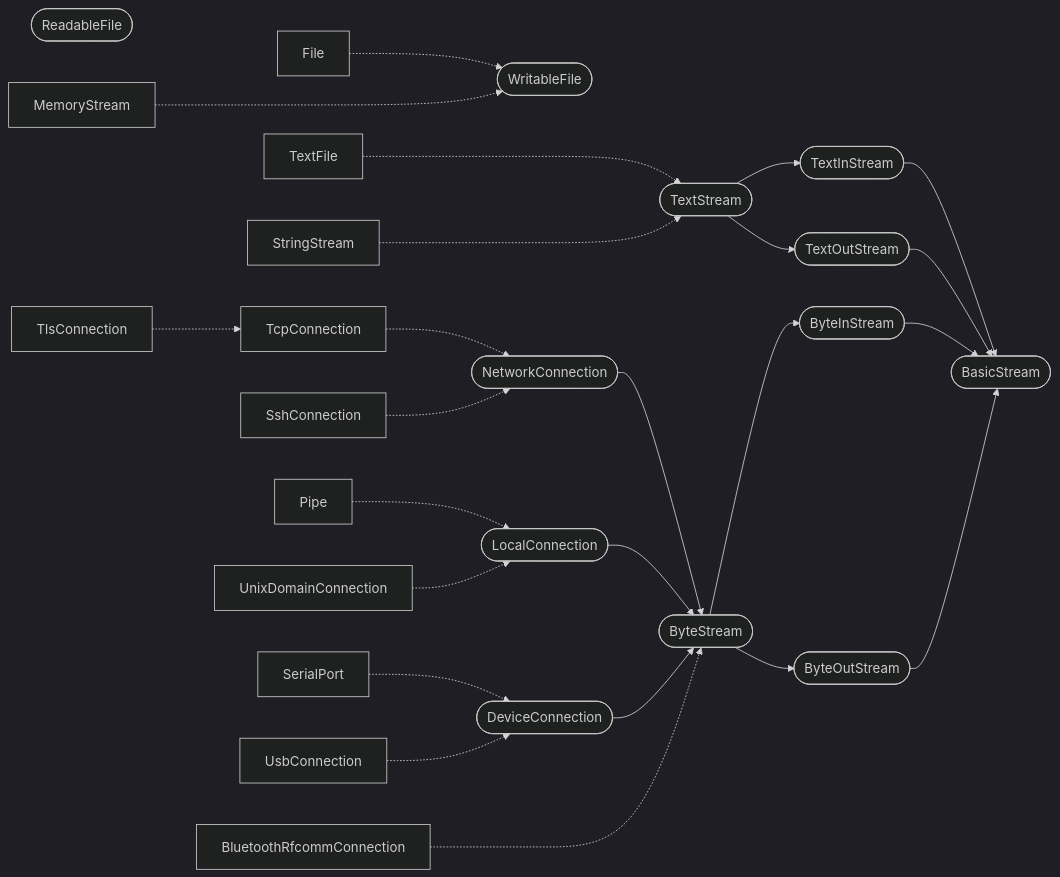
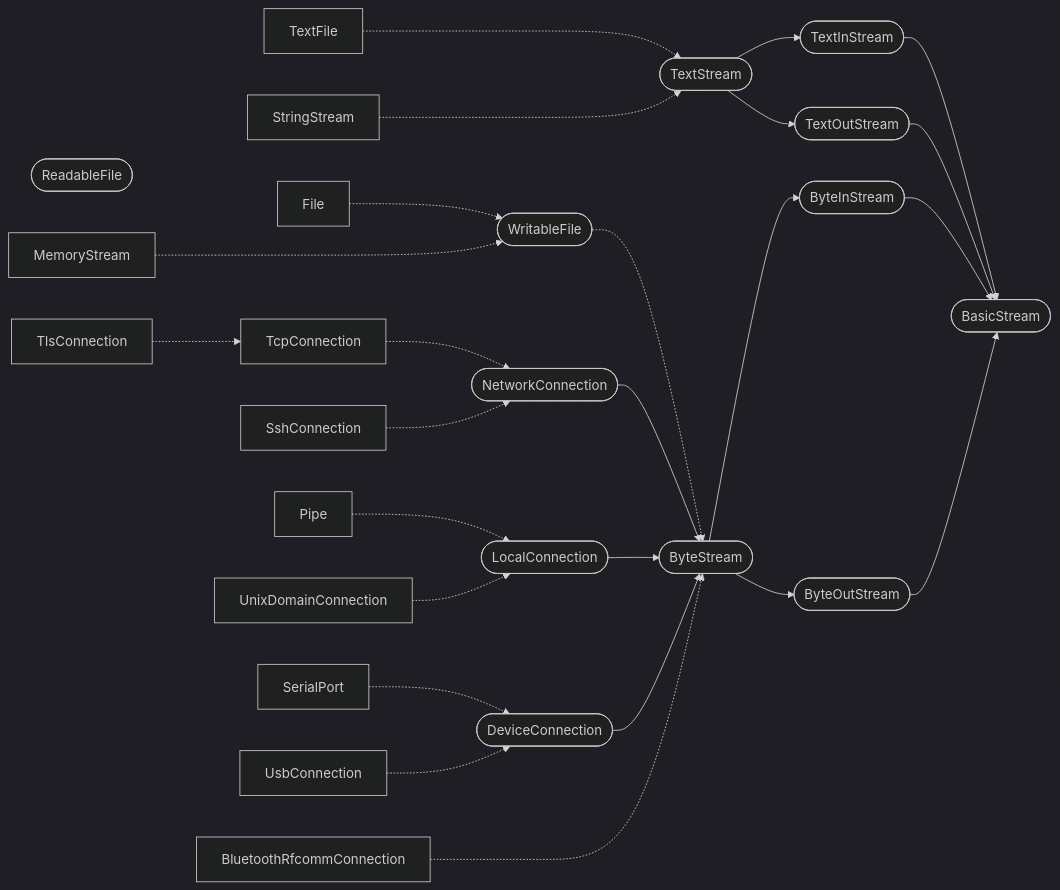
One commit to laro/Cilia changed the diagram in 2 Standard Lib/6 Stream, File & CLI.md. Above: the diagram before and after it, drawn with Mermaid (dark theme).

Commit message:
Update stream relationships in documentation

````diff
--- a/2 Standard Lib/6 Stream, File & CLI.md
+++ b/2 Standard Lib/6 Stream, File & CLI.md
@@ -280,66 +280,66 @@
 ```mermaid
 flowchart LR
     BasicStream([BasicStream])
 
     ReadableFile([ReadableFile])
     WritableFile([WritableFile])
 
     TextStream([TextStream])
     TextInStream([TextInStream])
     TextOutStream([TextOutStream])
 
     TextFile[TextFile]
     StringStream[StringStream]
 
     ByteStream([ByteStream])
     ByteInStream([ByteInStream])
     ByteOutStream([ByteOutStream])
     
     File[File]
     MemoryStream[MemoryStream]
     NetworkConnection([NetworkConnection])
     TcpConnection[TcpConnection]
     TlsConnection[TlsConnection]
     SshConnection[SshConnection]
     LocalConnection([LocalConnection])
     Pipe[Pipe]
     UnixDomainConnection[UnixDomainConnection]
     DeviceConnection([DeviceConnection])
     SerialPort[SerialPort]
     UsbConnection[UsbConnection]
     BluetoothRfcommConnection[BluetoothRfcommConnection]
     
     TextFile -..-> TextStream
     StringStream -..-> TextStream
 
     TextStream --> TextInStream
     TextStream --> TextOutStream
 
     TextInStream --> BasicStream
     TextOutStream --> BasicStream
 
     File -.-> WritableFile
-
     MemoryStream -..-> WritableFile
+    WritableFile -.-> ByteStream
 
     NetworkConnection --> ByteStream
     LocalConnection --> ByteStream
     DeviceConnection --> ByteStream
     BluetoothRfcommConnection -..-> ByteStream
     
     TcpConnection -.-> NetworkConnection
     TlsConnection -.-> TcpConnection
     SshConnection -.-> NetworkConnection
     
     Pipe -.-> LocalConnection
     UnixDomainConnection -.-> LocalConnection
     
     SerialPort -.-> DeviceConnection
     UsbConnection -.-> DeviceConnection
     
     ByteStream --> ByteInStream
     ByteStream --> ByteOutStream
 
     ByteInStream --> BasicStream
     ByteOutStream --> BasicStream
 ```
````
